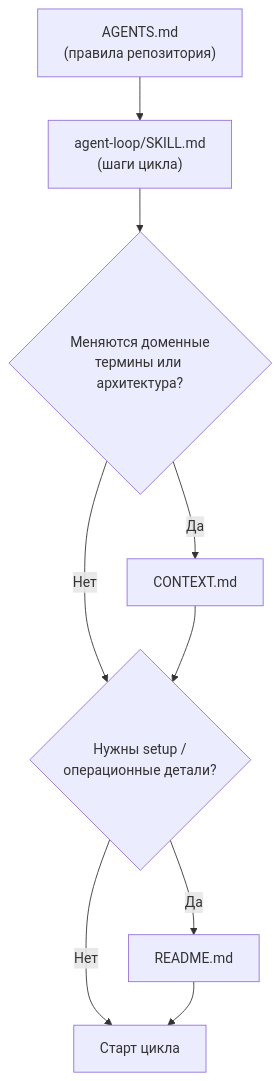
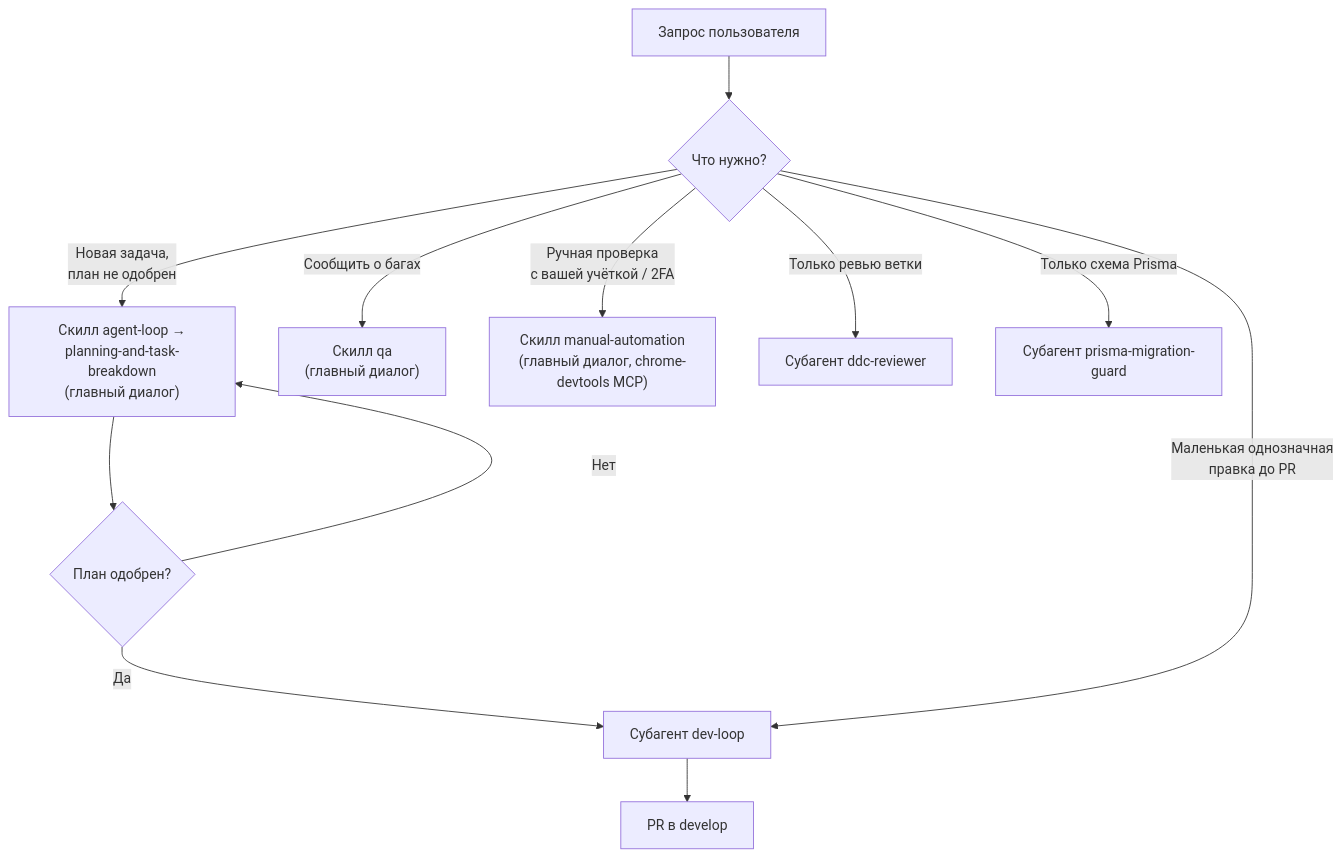
Before and after one commit to Myrhoiazov/ddc-nl-crm: the first of 2 diagrams in .agents/agents/README.md, drawn with Mermaid. The commit also changed other lines of this file and 5 other files, not shown here.

````diff
--- a/.agents/agents/README.md
+++ b/.agents/agents/README.md
@@ -23,11 +47,14 @@
 ```mermaid
 graph TD
-    A["AGENTS.md<br/>(правила репозитория)"] --> B["agent-loop/SKILL.md<br/>(шаги цикла)"]
-    B --> C{"Меняются доменные<br/>термины или архитектура?"}
-    C -- "Да" --> D["CONTEXT.md"]
-    C -- "Нет" --> E{"Нужны setup /<br/>операционные детали?"}
-    D --> E
-    E -- "Да" --> F["README.md"]
-    E -- "Нет" --> G["Старт цикла"]
-    F --> G
+    Req["Запрос пользователя"] --> Kind{"Что нужно?"}
+    Kind -- "Новая задача,<br/>план не одобрен" --> Plan["Скилл agent-loop →<br/>planning-and-task-breakdown<br/>(главный диалог)"]
+    Kind -- "Сообщить о багах" --> QA["Скилл qa<br/>(главный диалог)"]
+    Kind -- "Ручная проверка<br/>с вашей учёткой / 2FA" --> MA["Скилл manual-automation<br/>(главный диалог, chrome-devtools MCP)"]
+    Kind -- "Только ревью ветки" --> RevOnly["Субагент ddc-reviewer"]
+    Kind -- "Только схема Prisma" --> PrismaOnly["Субагент prisma-migration-guard"]
+    Plan --> Approved{"План одобрен?"}
+    Approved -- "Нет" --> Plan
+    Approved -- "Да" --> DevLoop["Субагент dev-loop"]
+    Kind -- "Маленькая однозначная<br/>правка до PR" --> DevLoop
+    DevLoop --> PR["PR в develop"]
 ```
````
